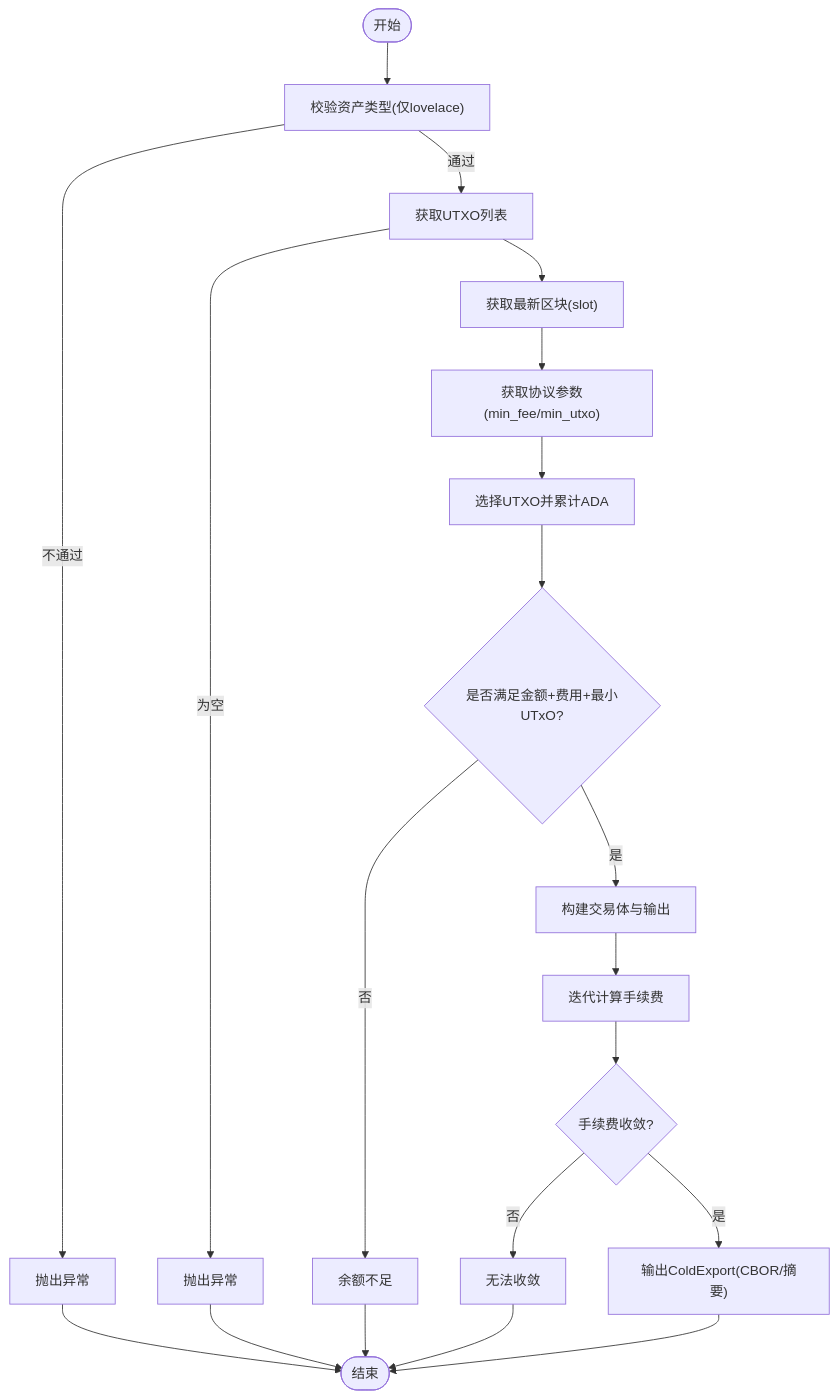
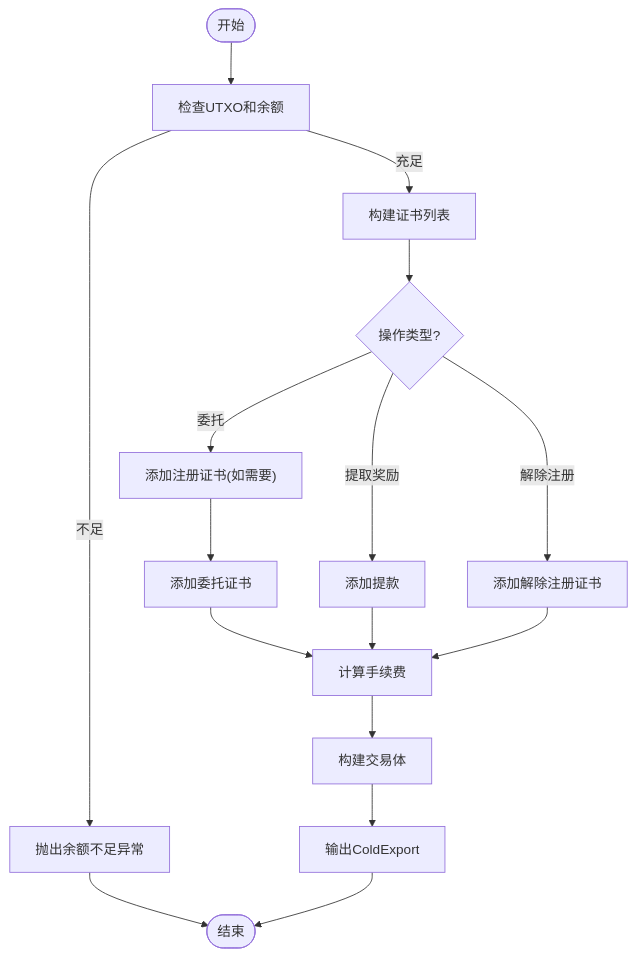
The fourth of 6 diagrams in .qoder/repowiki/zh/content/核心服务/区块链交互服务.md (EqualToEthan/stasis), drawn with Mermaid before and after one commit. The commit also changed other lines of this file and 60 other files, not shown here.

````diff
--- a/.qoder/repowiki/zh/content/核心服务/区块链交互服务.md
+++ b/.qoder/repowiki/zh/content/核心服务/区块链交互服务.md
@@ -188,22 +201,18 @@
 ```mermaid
 flowchart TD
-Start(["开始"]) --> CheckAssets["校验资产类型(仅lovelace)"]
-CheckAssets --> |不通过| Err1["抛出异常"]
-CheckAssets --> |通过| GetUtxos["获取UTXO列表"]
-GetUtxos --> |为空| Err2["抛出异常"]
-GetUtxos --> GetBlock["获取最新区块(slot)"]
-GetBlock --> GetParams["获取协议参数(min_fee/min_utxo)"]
-GetParams --> SelectUtxos["选择UTXO并累计ADA"]
-SelectUtxos --> Enough{"是否满足金额+费用+最小UTxO?"}
-Enough --> |否| Err3["余额不足"]
-Enough --> |是| BuildTx["构建交易体与输出"]
-BuildTx --> CalcFee["迭代计算手续费"]
-CalcFee --> Converge{"手续费收敛?"}
-Converge --> |否| Err4["无法收敛"]
-Converge --> |是| Export["输出ColdExport(CBOR/摘要)"]
+Start(["开始"]) --> CheckUtxos["检查UTXO和余额"]
+CheckUtxos --> |不足| Err1["抛出余额不足异常"]
+CheckUtxos --> |充足| BuildCerts["构建证书列表"]
+BuildCerts --> Delegate{"操作类型?"}
+Delegate --> |委托| AddRegCert["添加注册证书(如需要)"]
+AddRegCert --> AddDelCert["添加委托证书"]
+Delegate --> |提取奖励| AddWithdraw["添加提款"]
+Delegate --> |解除注册| AddDeregCert["添加解除注册证书"]
+AddDelCert --> CalcFee["计算手续费"]
+AddWithdraw --> CalcFee
+AddDeregCert --> CalcFee
+CalcFee --> BuildTx["构建交易体"]
+BuildTx --> Export["输出ColdExport"]
 Err1 --> End(["结束"])
-Err2 --> End
-Err3 --> End
-Err4 --> End
 Export --> End
 ```
````
